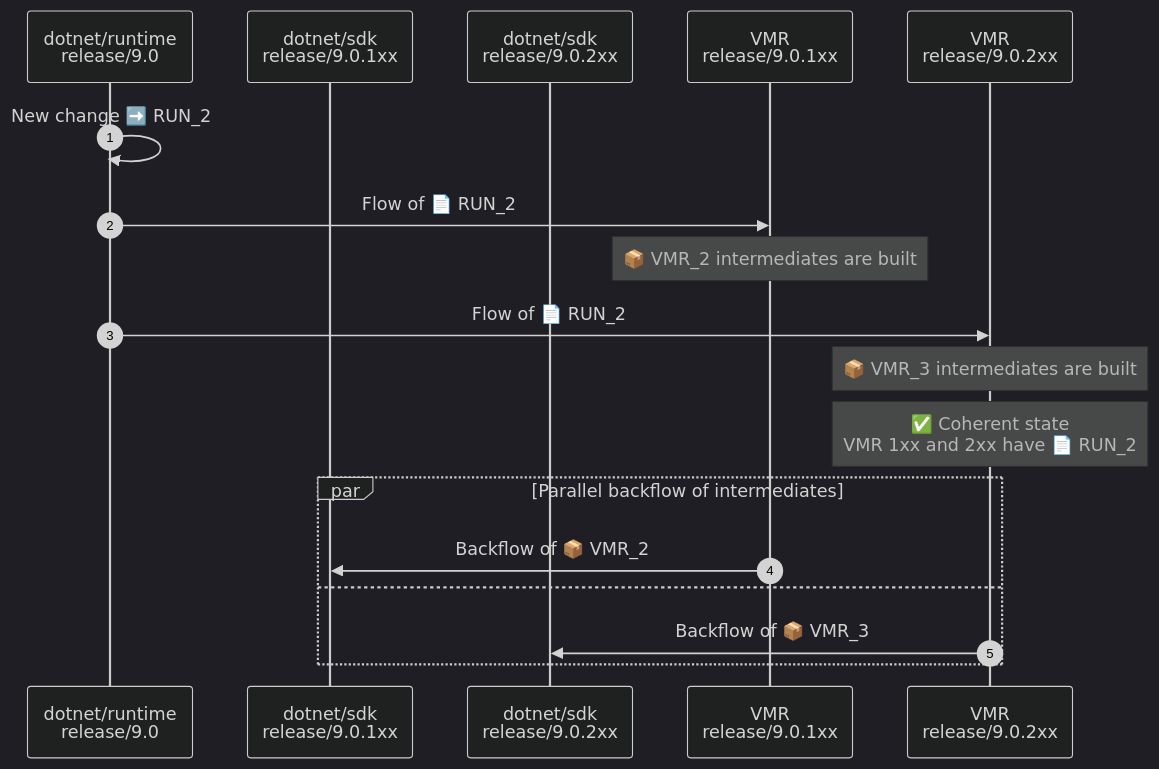
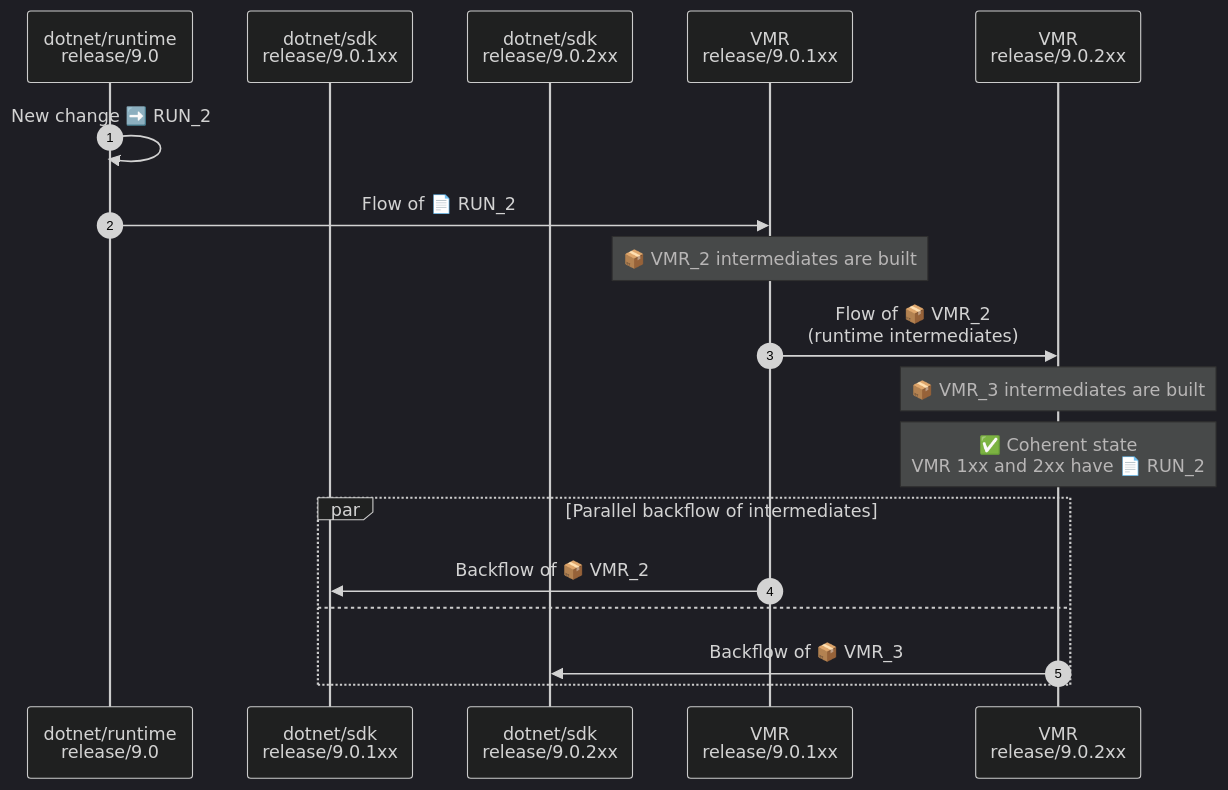
Before and after one commit to dotnet/arcade: the first of 2 diagrams in Documentation/UnifiedBuild/VMR-Managing-SDK-Bands-SDK-branches.md, drawn with Mermaid (dark theme).

Commit message:
Fix diagram for branches

````diff
--- a/Documentation/UnifiedBuild/VMR-Managing-SDK-Bands-SDK-branches.md
+++ b/Documentation/UnifiedBuild/VMR-Managing-SDK-Bands-SDK-branches.md
@@ -79,25 +79,25 @@
 ```mermaid
 sequenceDiagram
     autonumber
 
     participant runtime as dotnet/runtime<br />release/9.0
     participant SDK_1xx as dotnet/sdk<br />release/9.0.1xx
     participant SDK_2xx as dotnet/sdk<br />release/9.0.2xx
     participant VMR_1xx as VMR<br />release/9.0.1xx
     participant VMR_2xx as VMR<br />release/9.0.2xx
 
     runtime->>runtime: New change ➡️ RUN_2
 
     runtime->>VMR_1xx: Flow of 📄 RUN_2
     Note over VMR_1xx: 📦 VMR_2 intermediates are built
-    runtime->>VMR_2xx: Flow of 📄 RUN_2
+    VMR_1xx->>VMR_2xx: Flow of 📦 VMR_2<br />(runtime intermediates)
     Note over VMR_2xx: 📦 VMR_3 intermediates are built
 
     Note over VMR_2xx: ✅ Coherent state<br />VMR 1xx and 2xx have 📄 RUN_2
 
     par Parallel backflow of intermediates
         VMR_1xx->>SDK_1xx: Backflow of 📦 VMR_2
     and
         VMR_2xx->>SDK_2xx: Backflow of 📦 VMR_3
     end
 ```
````
